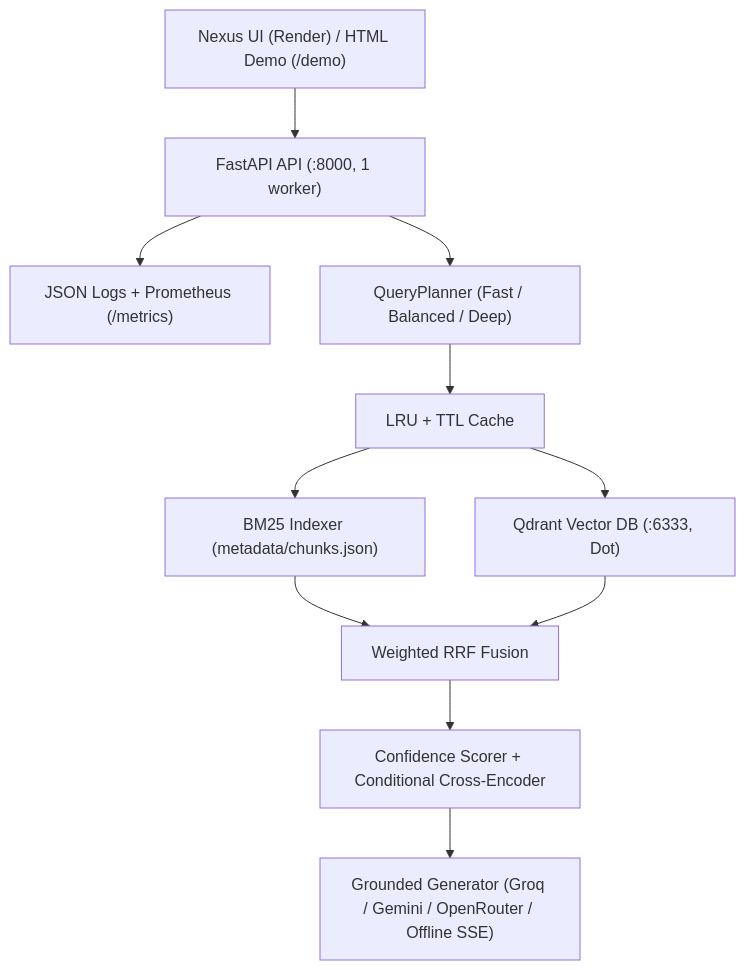
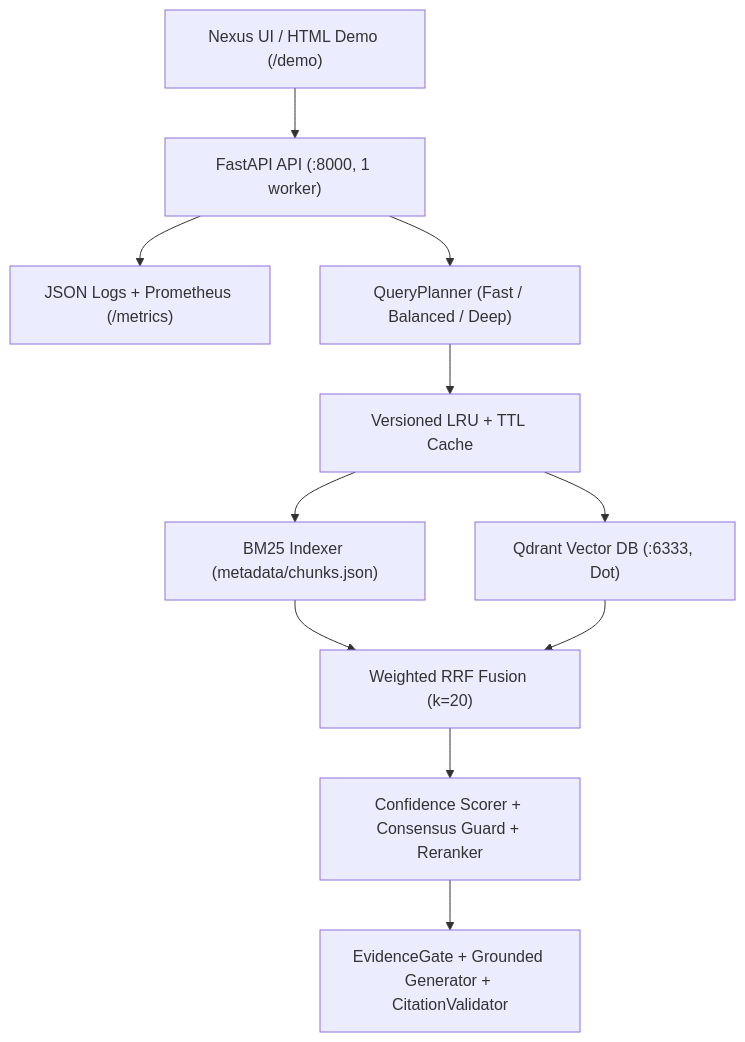
Before and after one commit to yashvasudeva1/Production-oriented-adaptive-RAG: the diagram in README.md, drawn with Mermaid. The commit also changed other lines of this file, not shown here.

````diff
--- a/README.md
+++ b/README.md
@@ -521,13 +478,13 @@
 ```mermaid
 flowchart TD
-    Client["Nexus UI (Render) / HTML Demo (/demo)"] --> API["FastAPI API (:8000, 1 worker)"]
+    Client["Nexus UI / HTML Demo (/demo)"] --> API["FastAPI API (:8000, 1 worker)"]
     API --> Obs["JSON Logs + Prometheus (/metrics)"]
     API --> Planner["QueryPlanner (Fast / Balanced / Deep)"]
-    Planner --> Cache["LRU + TTL Cache"]
+    Planner --> Cache["Versioned LRU + TTL Cache"]
     Cache --> BM25["BM25 Indexer (metadata/chunks.json)"]
     Cache --> Qdrant["Qdrant Vector DB (:6333, Dot)"]
-    BM25 --> RRF["Weighted RRF Fusion"]
+    BM25 --> RRF["Weighted RRF Fusion (k=20)"]
     Qdrant --> RRF
-    RRF --> Gate["Confidence Scorer + Conditional Cross-Encoder"]
-    Gate --> Gen["Grounded Generator (Groq / Gemini / OpenRouter / Offline SSE)"]
+    RRF --> Gate["Confidence Scorer + Consensus Guard + Reranker"]
+    Gate --> Gen["EvidenceGate + Grounded Generator + CitationValidator"]
 ```
````
